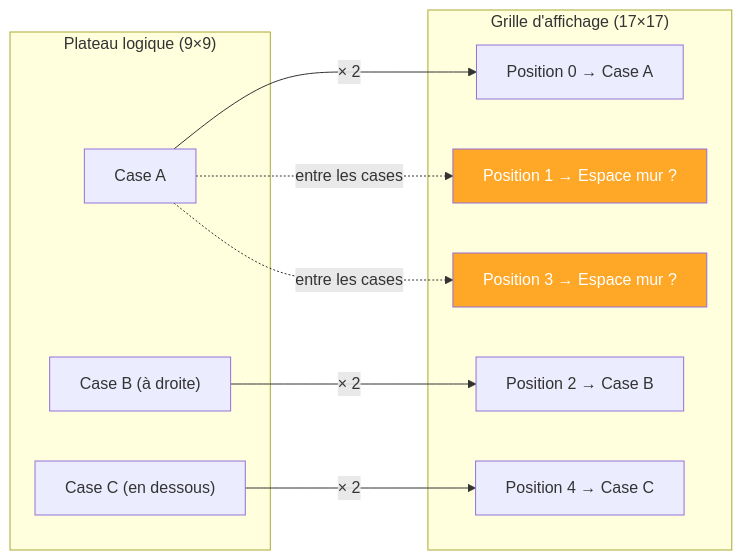
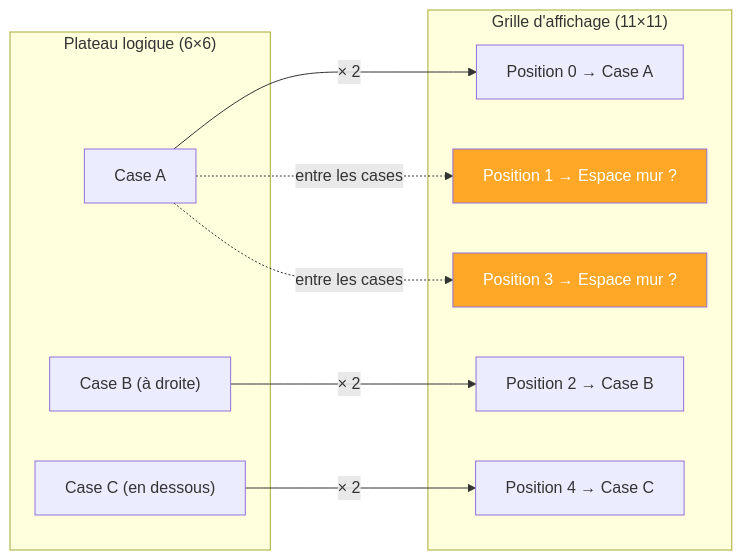
Before and after one commit to Silou1/Projet_mecatronique_I3: the fifth of 5 diagrams in flowcharts/04_plateau.md, drawn with Mermaid. The commit also changed other lines of this file and 14 other files, not shown here.

````diff
--- a/flowcharts/04_plateau.md
+++ b/flowcharts/04_plateau.md
@@ -165,25 +165,25 @@
 ```mermaid
 flowchart LR
-    subgraph "Plateau logique (9×9)"
+    subgraph "Plateau logique (6×6)"
         L1["Case A"]
         L2["Case B (à droite)"]
         L3["Case C (en dessous)"]
     end
 
-    subgraph "Grille d'affichage (17×17)"
+    subgraph "Grille d'affichage (11×11)"
         G1["Position 0 → Case A"]
         G12["Position 1 → Espace mur ?"]
         G2["Position 2 → Case B"]
         G13["Position 3 → Espace mur ?"]
         G3["Position 4 → Case C"]
     end
 
     L1 -->|"× 2"| G1
     L2 -->|"× 2"| G2
     L3 -->|"× 2"| G3
     L1 -.->|"entre les cases"| G12
     L1 -.->|"entre les cases"| G13
 
     style G12 fill:#FFA726,color:#fff
     style G13 fill:#FFA726,color:#fff
 ```
````
